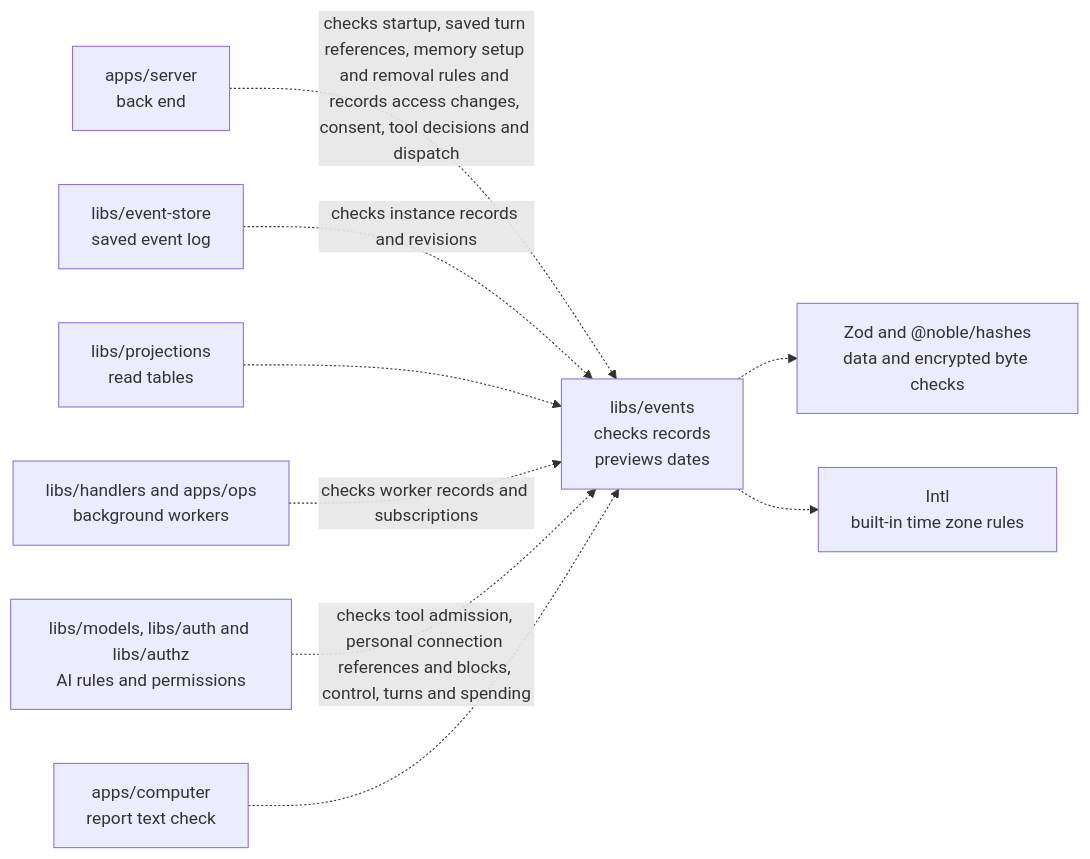
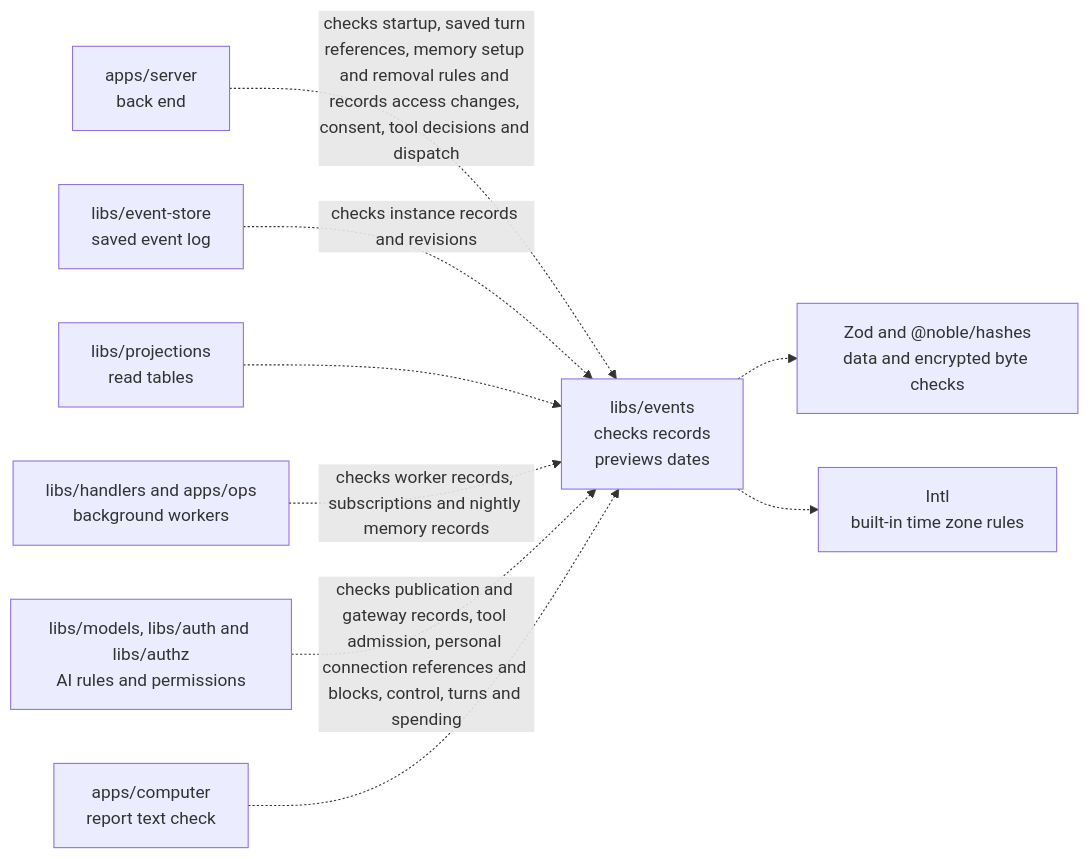
The diagram in libs/events/README.md (elewa-git/opencrane-new), drawn with Mermaid before and after one commit. The commit also changed other lines of this file and 24 other files, not shown here.

Commit message:
🔒 Save reviewed publication intent and serial gateway records

````diff
--- a/libs/events/README.md
+++ b/libs/events/README.md
@@ -27,11 +27,11 @@
 ```mermaid
 flowchart LR
   server["apps/server<br/>back end"] -.->|checks startup, saved turn references, memory setup and removal rules and records access changes, consent, tool decisions and dispatch| events["libs/events<br/>checks records<br/>previews dates"]
   store["libs/event-store<br/>saved event log"] -.->|checks instance records and revisions| events
   projections["libs/projections<br/>read tables"] -.-> events
-  workers["libs/handlers and apps/ops<br/>background workers"] -.->|checks worker records and subscriptions| events["libs/events<br/>checks records<br/>previews dates"]
-  others["libs/models, libs/auth and libs/authz<br/>AI rules and permissions"] -.->|checks tool admission, personal connection references and blocks, control, turns and spending| events
+  workers["libs/handlers and apps/ops<br/>background workers"] -.->|checks worker records, subscriptions and nightly memory records| events["libs/events<br/>checks records<br/>previews dates"]
+  others["libs/models, libs/auth and libs/authz<br/>AI rules and permissions"] -.->|checks publication and gateway records, tool admission, personal connection references and blocks, control, turns and spending| events
   computer["apps/computer<br/>report text check"] -.-> events
   events -.-> checks["Zod and @noble/hashes<br/>data and encrypted byte checks"]
   events -.-> zones["Intl<br/>built-in time zone rules"]
 ```
````
